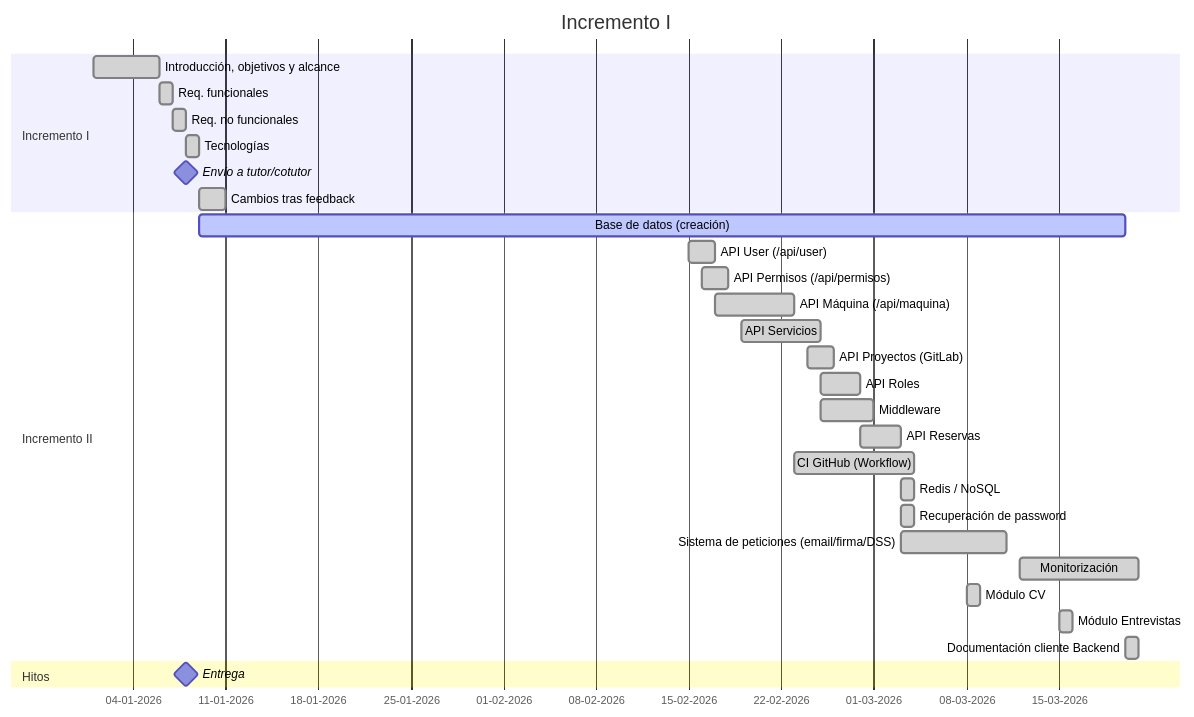
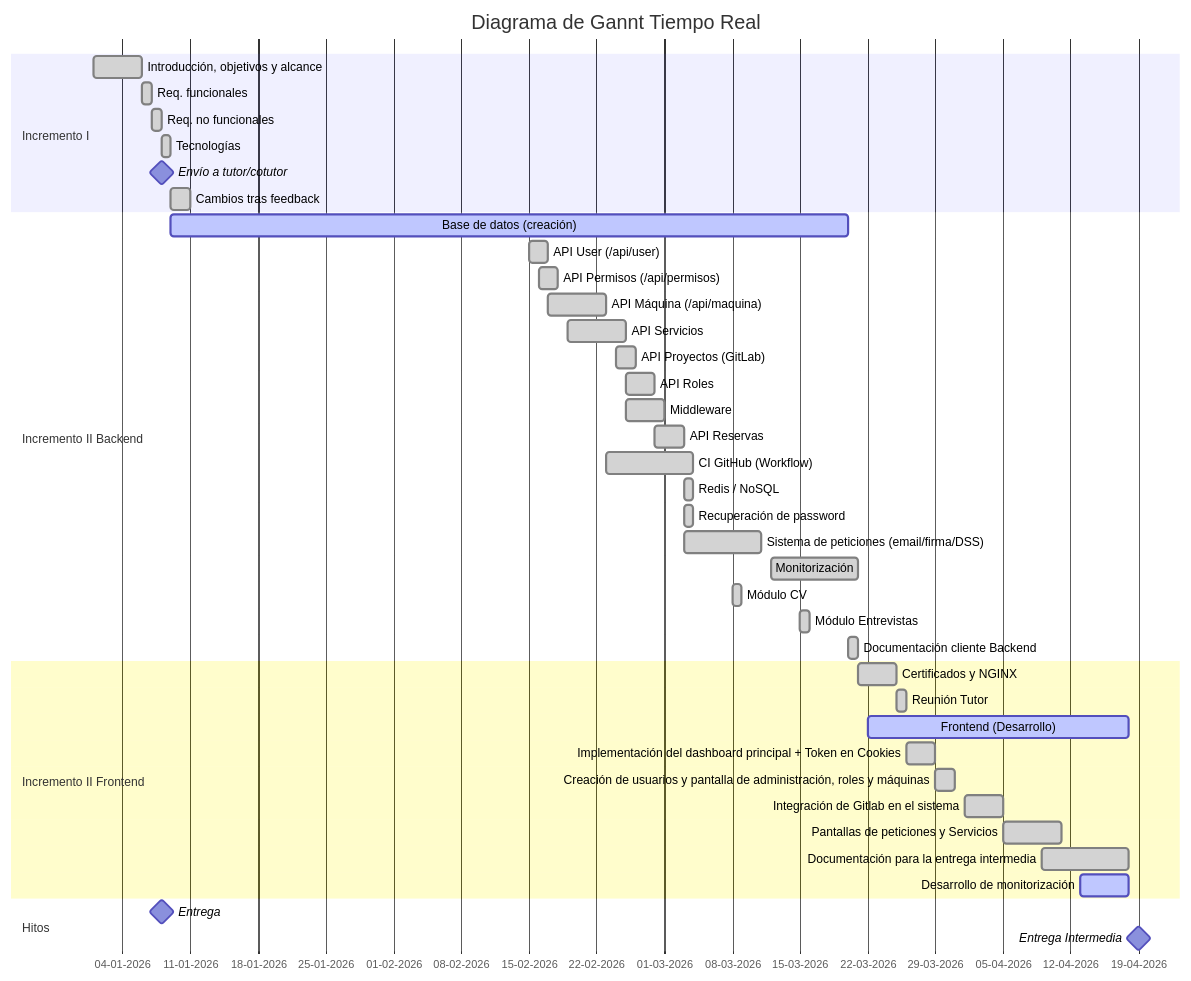
Before and after one commit to alejandro-f-d/TFG: the diagram in diagrams/mermaid/TFG Development Timeline-2026-03-20-114218.mmd, drawn with Mermaid. The commit also changed 1 other file, not shown here.

Commit message:
Update d elos diagramas y timeline.

```diff
--- a/diagrams/mermaid/TFG Development Timeline-2026-03-20-114218.mmd
+++ b/diagrams/mermaid/TFG Development Timeline-2026-03-20-114218.mmd
@@ -1,42 +1,57 @@
 gantt
     title Cronograma de desarrollo TFG
     dateFormat  YYYY-MM-DD
     axisFormat  %d-%m-%Y
-    title Incremento I 
+    title Diagrama de Gannt Tiempo Real
     dateFormat  YYYY-MM-DD
     axisFormat  %d-%m-%Y
     section Incremento I
     Introducción, objetivos y alcance          :done,      2026-01-01, 5d
     Req. funcionales                           :done,      2026-01-06, 1d
     Req. no funcionales                        :done,      2026-01-07, 1d
     Tecnologías                                :done,      2026-01-08, 1d
     Envío a tutor/cotutor                      :milestone, 2026-01-08, 0d
     Cambios tras feedback                      :done,      2026-01-09, 2d
 
     %% ============================================================
     %% INCREMENTO II: DESARROLLO BACKEND
     %% ============================================================
-    section Incremento II 
+    section Incremento II Backend
     Base de datos (creación)                    :active,    2026-01-09, 70d
     API User (/api/user)                        :done,      2026-02-15, 2d
     API Permisos (/api/permisos)                :done,      2026-02-16, 2d
     API Máquina (/api/maquina)                  :done,      2026-02-17, 6d
     API Servicios                               :done,      2026-02-19, 6d
     API Proyectos (GitLab)                      :done,      2026-02-24, 2d
     API Roles                                   :done,      2026-02-25, 3d
     Middleware                                  :done,      2026-02-25, 4d
     API Reservas                                :done,      2026-02-28, 3d
     CI GitHub (Workflow)                        :done,      2026-02-23, 9d
     Redis / NoSQL                               :done,      2026-03-03, 1d
     Recuperación de password                    :done,      2026-03-03, 1d
     Sistema de peticiones (email/firma/DSS)     :done,      2026-03-03, 8d
     Monitorización                              :done,      2026-03-12, 9d
     Módulo CV                                   :done,      2026-03-08, 1d
     Módulo Entrevistas                          :done,      2026-03-15, 1d
     Documentación cliente Backend               :done,      2026-03-20, 1d
 
     %% ============================================================
+    %% Incremento II: Frontend
+    %% ============================================================
+    section Incremento II Frontend
+    Certificados y NGINX                        :done,      2026-03-21, 4d
+    Reunión Tutor                               :done,      2026-03-25, 1d
+    Frontend (Desarrollo)                       :active,    2026-03-22, 27d
+    Implementación del dashboard principal + Token en Cookies :done, 2026-03-26, 3d
+    Creación de usuarios y pantalla de administración, roles y máquinas :done, 2026-03-29, 2d
+    Integración de Gitlab en el sistema         :done,      2026-04-01, 4d
+    Pantallas de peticiones y Servicios         :done,      2026-04-05, 6d
+    Documentación para la entrega intermedia    :done,    2026-04-09, 9d
+    Desarrollo de monitorización                :active,    2026-04-13, 5d
+
+    %% ============================================================
     %% HITOS
     %% ============================================================
     section Hitos
     Entrega                                     :milestone, 2026-01-08, 0d
+    Entrega Intermedia                          :milestone, 2026-04-19, 0d
```
